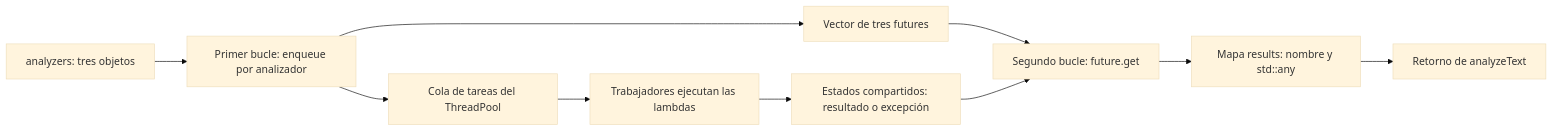
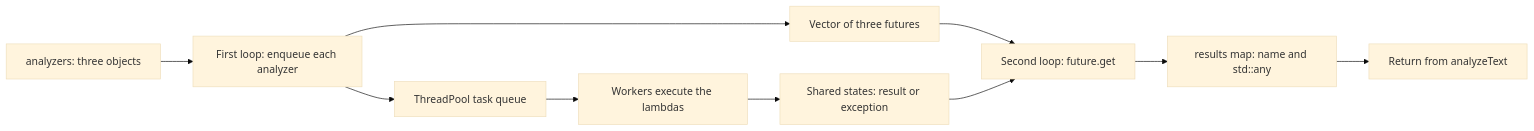
The third of 4 diagrams in TextAnalyzer/doc/TextAnalysisSystem_flow.md (RobertoVelazquezGit/AdvancedCppMod5Capstone), drawn with Mermaid (base theme) before and after one commit. The commit also changed other lines of this file, not shown here.

Commit message:
Flow diagram english

````diff
--- a/TextAnalyzer/doc/TextAnalysisSystem_flow.md
+++ b/TextAnalyzer/doc/TextAnalysisSystem_flow.md
@@ -85,12 +85,12 @@
 ```mermaid
 flowchart LR
-    A[analyzers: tres objetos] --> B[Primer bucle: enqueue por analizador]
-    B --> C[Cola de tareas del ThreadPool]
-    B --> D[Vector de tres futures]
-    C --> E[Trabajadores ejecutan las lambdas]
-    E --> F[Estados compartidos: resultado o excepción]
-    D --> G[Segundo bucle: future.get]
+    A[analyzers: three objects] --> B[First loop: enqueue each analyzer]
+    B --> C[ThreadPool task queue]
+    B --> D[Vector of three futures]
+    C --> E[Workers execute the lambdas]
+    E --> F[Shared states: result or exception]
+    D --> G[Second loop: future.get]
     F --> G
-    G --> H[Mapa results: nombre y std::any]
-    H --> I[Retorno de analyzeText]
+    G --> H[results map: name and std::any]
+    H --> I[Return from analyzeText]
 ```
````
